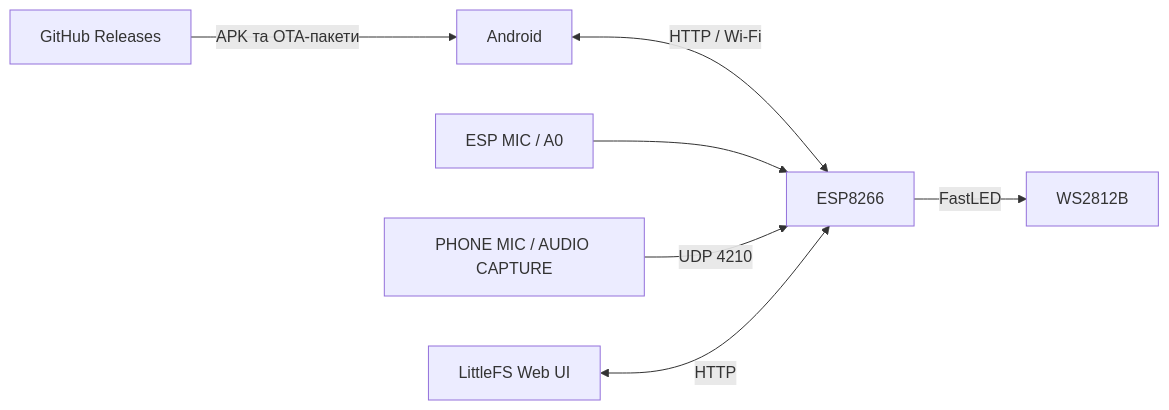
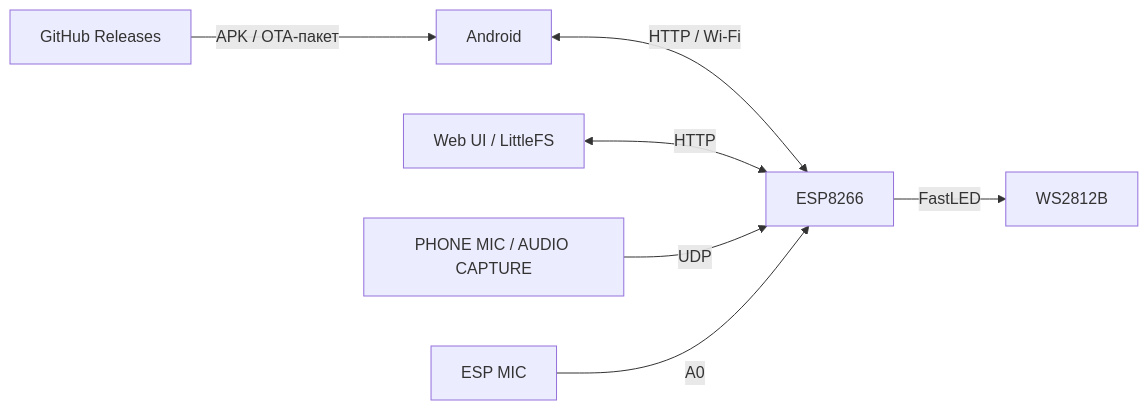
The diagram in README.md (Gostin0/Led-Lamp), drawn with Mermaid before and after one commit. The commit also changed other lines of this file, not shown here.

Commit message:
docs: fix badges, add wiring schematic and v7.5 DEV status

````diff
--- a/README.md
+++ b/README.md
@@ -71,9 +59,9 @@
 ```mermaid
 flowchart LR
-  A[Android] <-->|HTTP / Wi-Fi| E[ESP8266]
-  M[ESP MIC / A0] --> E
-  P[PHONE MIC / AUDIO CAPTURE] -->|UDP 4210| E
-  W[LittleFS Web UI] <-->|HTTP| E
-  E -->|FastLED| L[WS2812B]
-  G[GitHub Releases] -->|APK та OTA-пакети| A
+    A[Android] <-->|HTTP / Wi-Fi| E[ESP8266]
+    W[Web UI / LittleFS] <-->|HTTP| E
+    P[PHONE MIC / AUDIO CAPTURE] -->|UDP| E
+    M[ESP MIC] -->|A0| E
+    E -->|FastLED| L[WS2812B]
+    G[GitHub Releases] -->|APK / OTA-пакет| A
 ```
````
